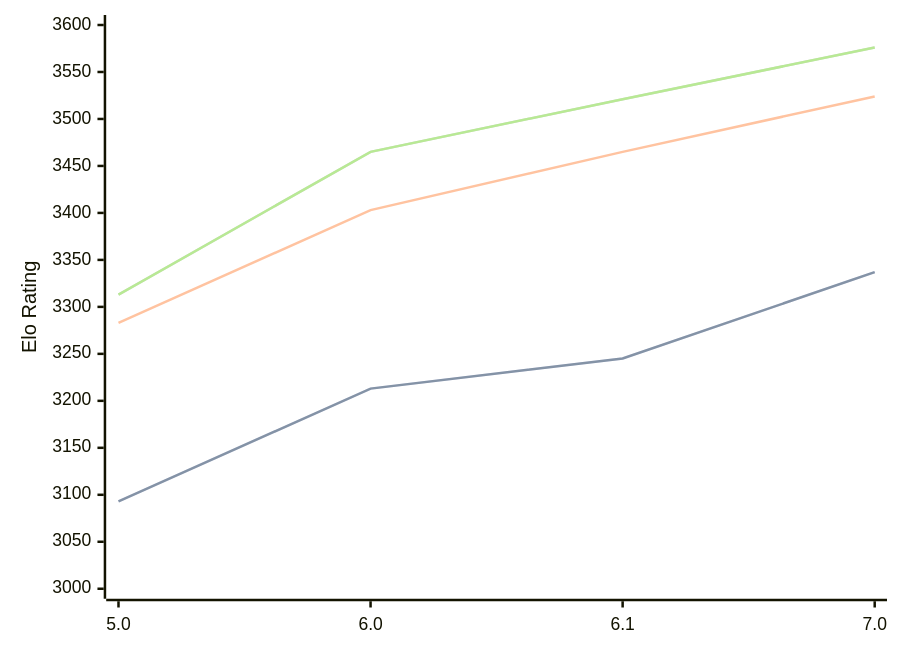
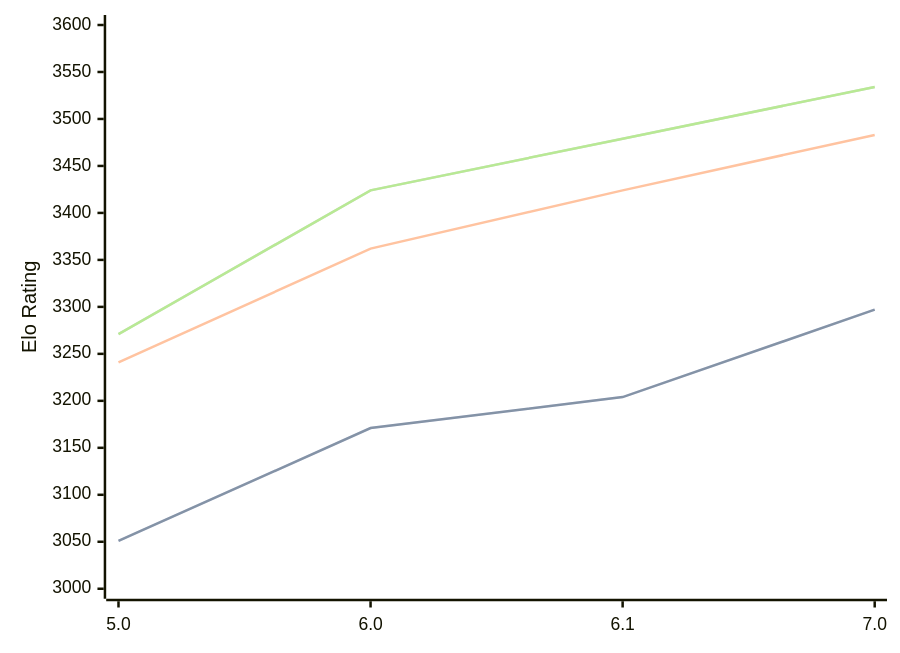
The diagram in engines/PZChessBot.md (computer-chess-index/cci), drawn with Mermaid before and after one commit. The commit also changed other lines of this file, not shown here.

Commit message:
Update CCI Ratings (ELO VLTC) - 2026-05-19

````diff
--- a/engines/PZChessBot.md
+++ b/engines/PZChessBot.md
@@ -43,11 +43,11 @@
 ```mermaid
 %%{init: {"theme":"base","themeVariables":{"seriesColors:['#a3a3a3','#222221','#faa371']}}}%%
 xychart-beta
   x-axis ["5.0", "6.0", "6.1", "7.0"]
   y-axis "Elo Rating" 3000 --> 3600
-  line "STC (8.0+0.08s)" [3093, 3213, 3245, 3337]
-  line "STC (8.0+0.08s)" [3093, 3213, 3245, 3337]
-  line "LTC (60.0+0.60s)" [3283, 3403, 3465, 3524]
-  line "VLTC (2m24s+1.12s)" [3313, 3465, 3521, 3576]
-  line "VLTC (2m24s+1.12s)" [3313, 3465, 3521, 3576]
+  line "STC (8.0+0.08s)" [3051, 3171, 3204, 3297]
+  line "STC (8.0+0.08s)" [3051, 3171, 3204, 3297]
+  line "LTC (60.0+0.60s)" [3241, 3362, 3424, 3483]
+  line "VLTC (2m24s+1.12s)" [3271, 3424, 3479, 3534]
+  line "VLTC (2m24s+1.12s)" [3271, 3424, 3479, 3534]
 ```
````
